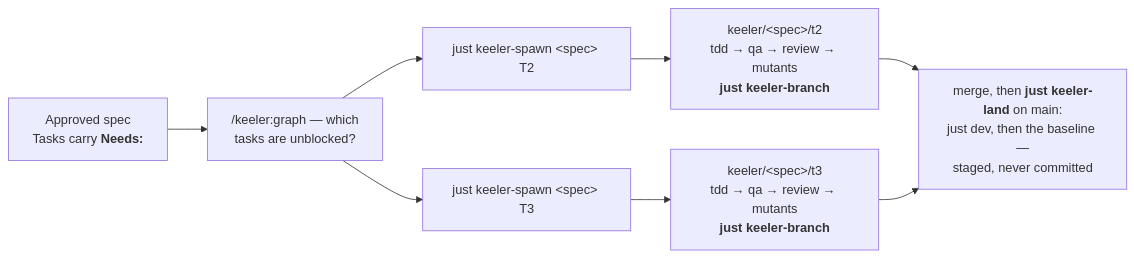
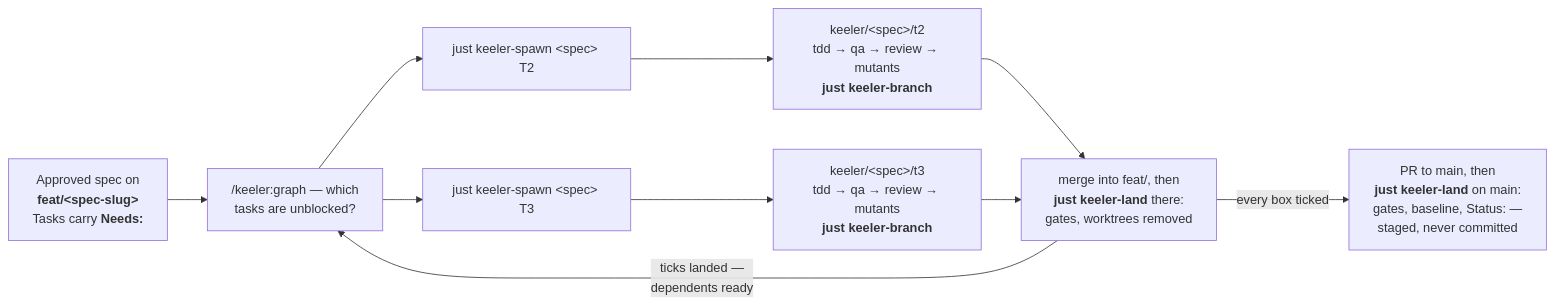
Before and after one commit to minikin/keeler: the third of 3 diagrams in KEELER.md, drawn with Mermaid. The commit also changed other lines of this file and 2 other files, not shown here.

First line of the commit message:
docs: graph mode as a day, not a list of parts

````diff
--- a/KEELER.md
+++ b/KEELER.md
@@ -100,8 +100,10 @@
 ```mermaid
 flowchart LR
-    S[Approved spec<br/>Tasks carry <b>Needs:</b>] --> G["/keeler:graph — which<br/>tasks are unblocked?"]
+    S[Approved spec on<br/><b>feat/&lt;spec-slug&gt;</b><br/>Tasks carry <b>Needs:</b>] --> G["/keeler:graph — which<br/>tasks are unblocked?"]
     G --> SP1["just keeler-spawn &lt;spec&gt; T2"] --> B1["keeler/&lt;spec&gt;/t2<br/>tdd → qa → review → mutants<br/><b>just keeler-branch</b>"]
     G --> SP2["just keeler-spawn &lt;spec&gt; T3"] --> B2["keeler/&lt;spec&gt;/t3<br/>tdd → qa → review → mutants<br/><b>just keeler-branch</b>"]
-    B1 --> L["merge, then <b>just keeler-land</b> on main:<br/>just dev, then the baseline —<br/>staged, never committed"]
-    B2 --> L
+    B1 --> LF["merge into feat/, then<br/><b>just keeler-land</b> there:<br/>gates, worktrees removed"]
+    B2 --> LF
+    LF -- "ticks landed —<br/>dependents ready" --> G
+    LF -- "every box ticked" --> LM["PR to main, then<br/><b>just keeler-land</b> on main:<br/>gates, baseline, Status: —<br/>staged, never committed"]
 ```
````
